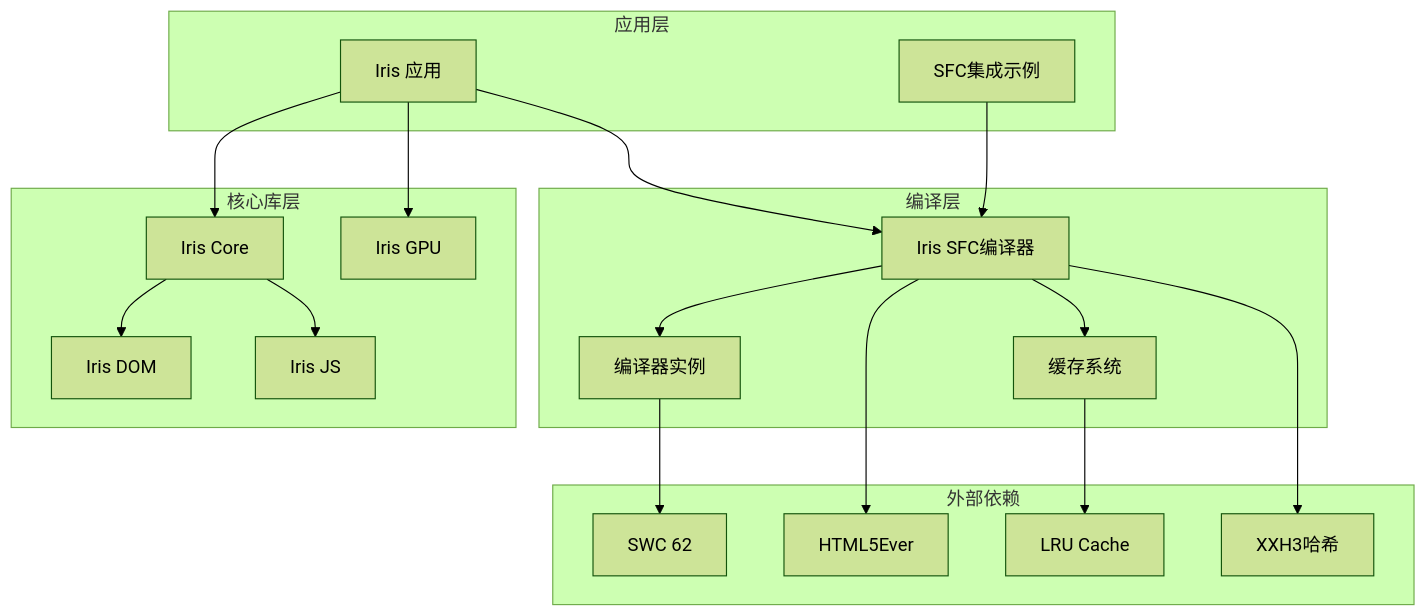
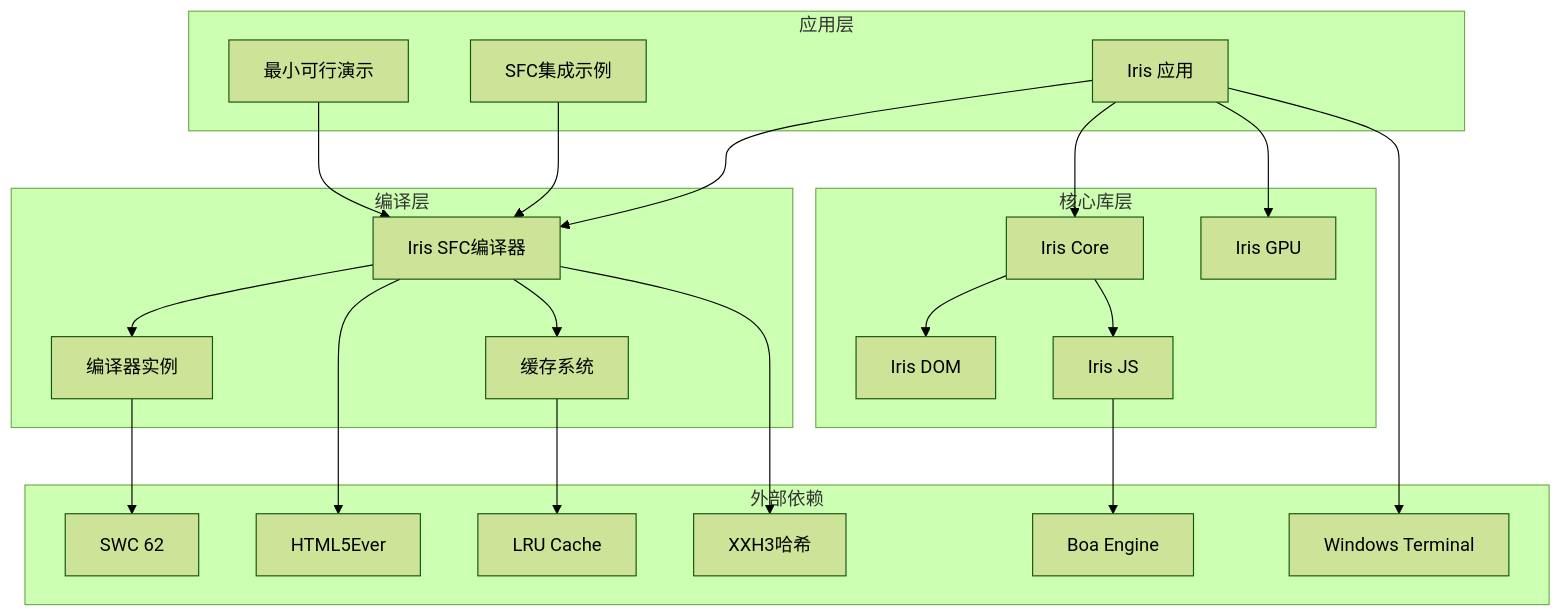
Before and after one commit to itszzl-sudo/iris: the fourth of 14 diagrams in .qoder/repowiki/zh/content/技术架构详解/即时转译系统/SFC编译器初始化机制/SFC集成示例.md, drawn with Mermaid (forest theme). The commit also changed other lines of this file and 7 other files, not shown here.

````diff
--- a/.qoder/repowiki/zh/content/技术架构详解/即时转译系统/SFC编译器初始化机制/SFC集成示例.md
+++ b/.qoder/repowiki/zh/content/技术架构详解/即时转译系统/SFC编译器初始化机制/SFC集成示例.md
@@ -184,36 +196,42 @@
 ```mermaid
 graph TB
 subgraph "应用层"
 APP[Iris 应用]
 DEMO[SFC集成示例]
+MINIMAL[最小可行演示]
 end
 subgraph "编译层"
 SFC[Iris SFC编译器]
 CACHE[缓存系统]
 COMPILER[编译器实例]
 end
 subgraph "核心库层"
 CORE[Iris Core]
 GPU[Iris GPU]
 DOM[Iris DOM]
 JS[Iris JS]
 end
 subgraph "外部依赖"
 SWC[SWC 62]
 HTML5EVER[HTML5Ever]
 LRU[LRU Cache]
 XXHASH[XXH3哈希]
+BOA[Boa Engine]
+ENDERTER[Windows Terminal]
 end
 APP --> SFC
 DEMO --> SFC
+MINIMAL --> SFC
 SFC --> CACHE
 SFC --> COMPILER
 COMPILER --> SWC
 CACHE --> LRU
 SFC --> XXHASH
 SFC --> HTML5EVER
 APP --> CORE
 APP --> GPU
 CORE --> DOM
 CORE --> JS
+JS --> BOA
+APP --> ENDERTER
 ```
````
